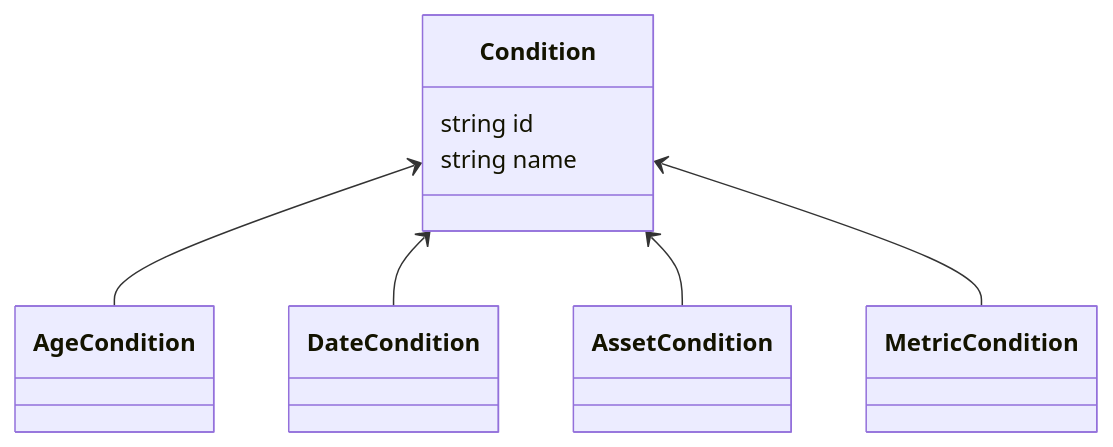
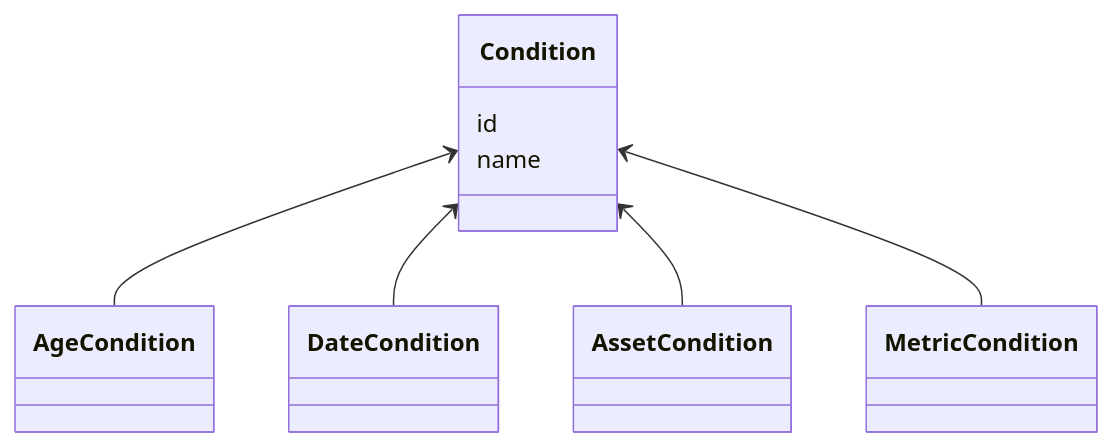
The fourth of 6 diagrams in README.md (hmzk0312/FinancesDSL), drawn with Mermaid before and after one commit. The commit also changed other lines of this file, not shown here.

````diff
--- a/README.md
+++ b/README.md
@@ -148,12 +148,12 @@
 ```mermaid
 classDiagram
     Condition <-- AgeCondition
     Condition <-- DateCondition
     Condition <-- AssetCondition
     Condition <-- MetricCondition
 
 class Condition{
-    string id
-    string name
+    id
+    name
 }
 ```
````
